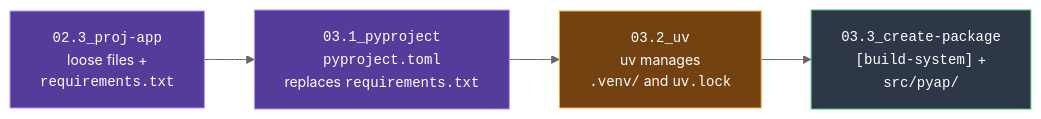
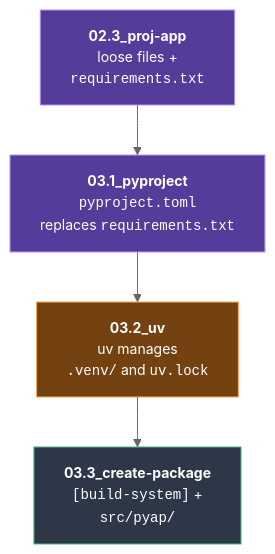
The first of 4 diagrams in packages.qmd (mjfrigaard/shiny-py-pkgs), drawn with Mermaid before and after one commit. The commit also changed other lines of this file and 3 other files, not shown here.

````diff
--- a/packages.qmd
+++ b/packages.qmd
@@ -11,21 +11,21 @@
 ```{mermaid}
 %%| fig-cap: 'From project to package in three branches'
 %%| fig-align: center
 %%{init: {'theme': 'neutral', 'themeVariables': { 'fontFamily': 'monospace', "fontSize":"14px"}}}%%
 
-flowchart LR
-    B0["<code>02.3_proj-app</code><br/>loose files +<br/><code>requirements.txt</code>"]
-    B1["<code>03.1_pyproject</code><br/><code>pyproject.toml</code><br/>replaces <code>requirements.txt</code>"]
-    B2["<code>03.2_uv</code><br/>uv manages<br/><code>.venv/</code> and <code>uv.lock</code>"]
-    B3["<code>03.3_create-package</code><br/><code>[build-system]</code> +<br/><code>src/pyap/</code>"]
+flowchart TB
+    B0["<strong>02.3_proj-app</strong><br/>loose files +<br/><code>requirements.txt</code>"]
+    B1["<strong>03.1_pyproject</strong><br/><code>pyproject.toml</code><br/>replaces <code>requirements.txt</code>"]
+    B2["<strong>03.2_uv</strong><br/>uv manages<br/><code>.venv/</code> and <code>uv.lock</code>"]
+    B3["<strong>03.3_create-package</strong><br/><code>[build-system]</code> +<br/><code>src/pyap/</code>"]
 
     B0 --> B1 --> B2 --> B3
 
     classDef project fill:#553c9a,stroke:#b794f4,color:#fff
     classDef uvStyle fill:#744210,stroke:#f6ad55,color:#fff
     classDef pkg fill:#2d3748,stroke:#48bb78,color:#fff
 
     class B0,B1 project
     class B2 uvStyle
     class B3 pkg
 ```
````
